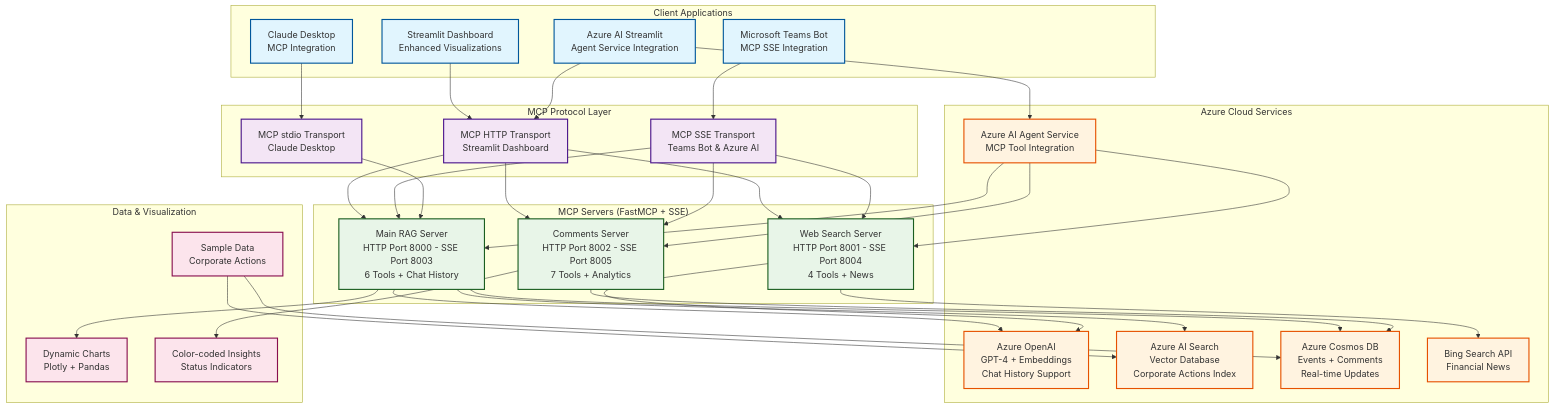
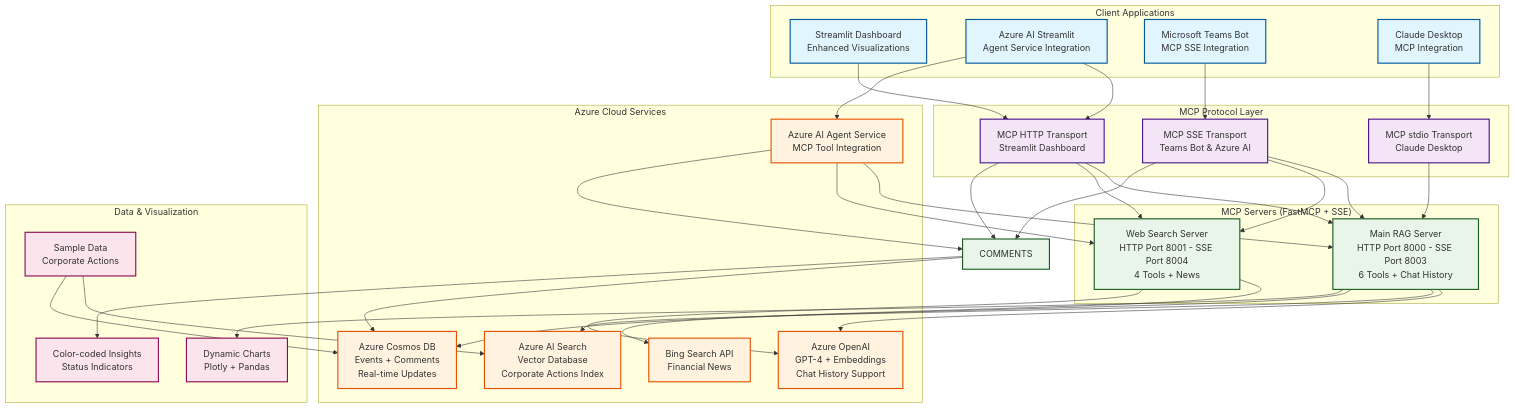
The diagram in README.md (akshata29/corporateactions), drawn with Mermaid before and after one commit. The commit also changed other lines of this file and 25 other files, not shown here.

Commit message:
Updated to remove comments MCP Server and sync code for features

```diff
--- a/README.md
+++ b/README.md
@@ -34,7 +25,6 @@
     subgraph "MCP Servers (FastMCP + SSE)"
         RAG[Main RAG Server<br/>HTTP Port 8000 - SSE Port 8003<br/>6 Tools + Chat History]
         SEARCH[Web Search Server<br/>HTTP Port 8001 - SSE Port 8004<br/>4 Tools + News]
-        COMMENTS[Comments Server<br/>HTTP Port 8002 - SSE Port 8005<br/>7 Tools + Analytics]
     end
 
     %% Azure Services
```
